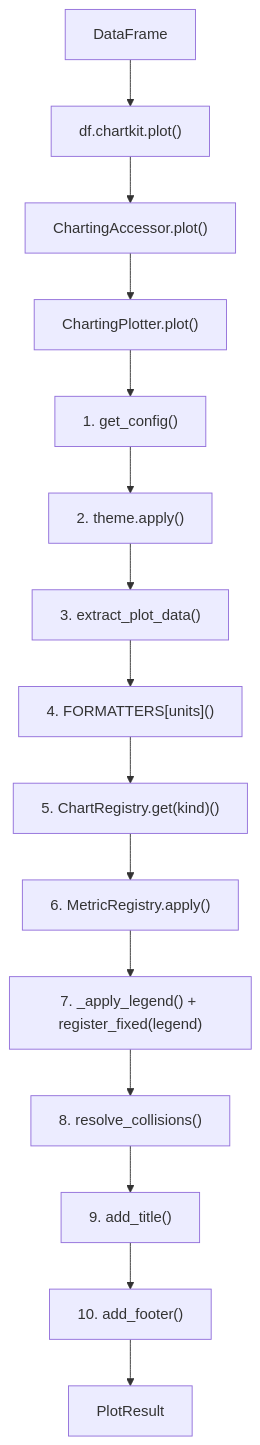
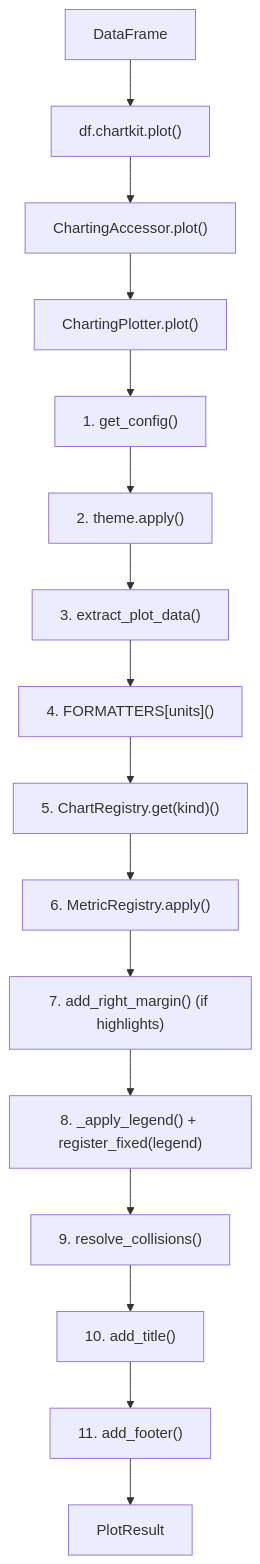
The diagram in docs/contributing/architecture.md (enzoomoreira/chartkit), drawn with Mermaid before and after one commit. The commit also changed other lines of this file and 24 other files, not shown here.

````diff
--- a/docs/contributing/architecture.md
+++ b/docs/contributing/architecture.md
@@ -90,18 +91,19 @@
 ```mermaid
 flowchart TD
     A[DataFrame] --> B["df.chartkit.plot()"]
     B --> C["ChartingAccessor.plot()"]
     C --> D["ChartingPlotter.plot()"]
 
     D --> D1["1. get_config()"]
     D1 --> D2["2. theme.apply()"]
     D2 --> D3["3. extract_plot_data()"]
     D3 --> D4["4. FORMATTERS[units]()"]
     D4 --> D5["5. ChartRegistry.get(kind)()"]
     D5 --> D6["6. MetricRegistry.apply()"]
-    D6 --> D6b["7. _apply_legend() + register_fixed(legend)"]
-    D6b --> D7["8. resolve_collisions()"]
-    D7 --> D8["9. add_title()"]
-    D8 --> D9["10. add_footer()"]
+    D6 --> D6a["7. add_right_margin() (if highlights)"]
+    D6a --> D6b["8. _apply_legend() + register_fixed(legend)"]
+    D6b --> D7["9. resolve_collisions()"]
+    D7 --> D8["10. add_title()"]
+    D8 --> D9["11. add_footer()"]
     D9 --> E["PlotResult"]
 ```
````
